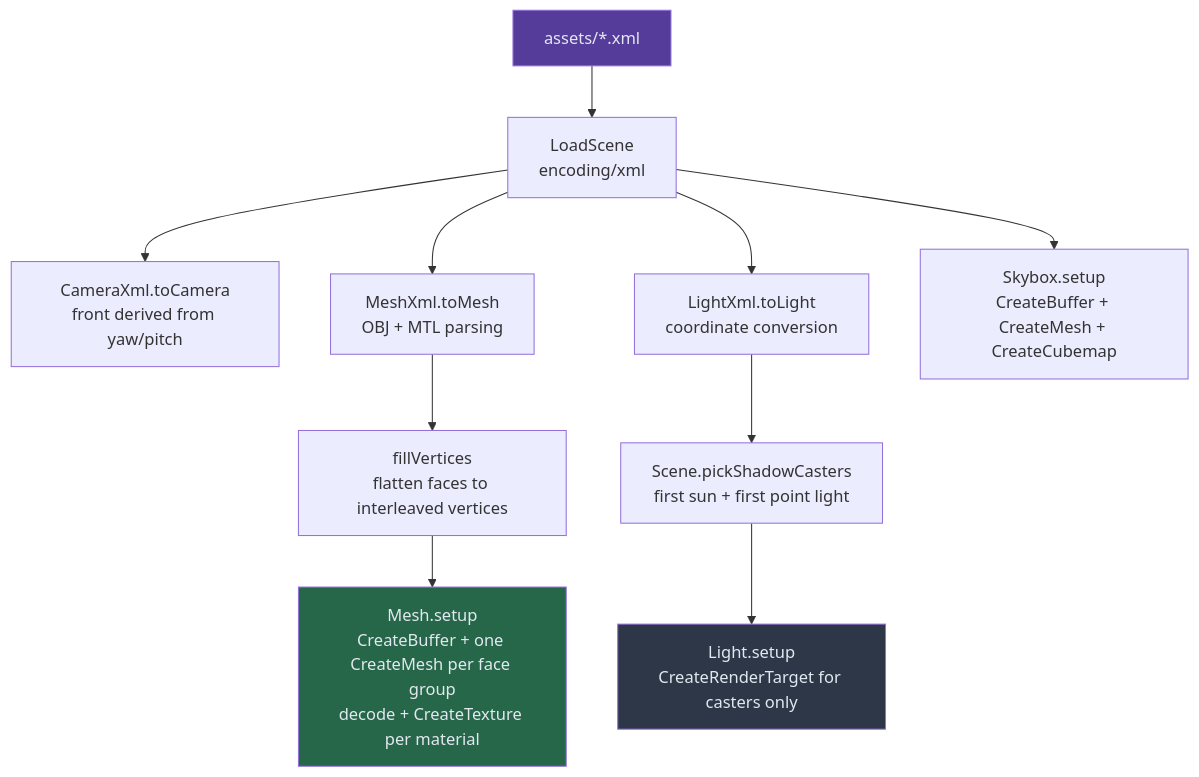
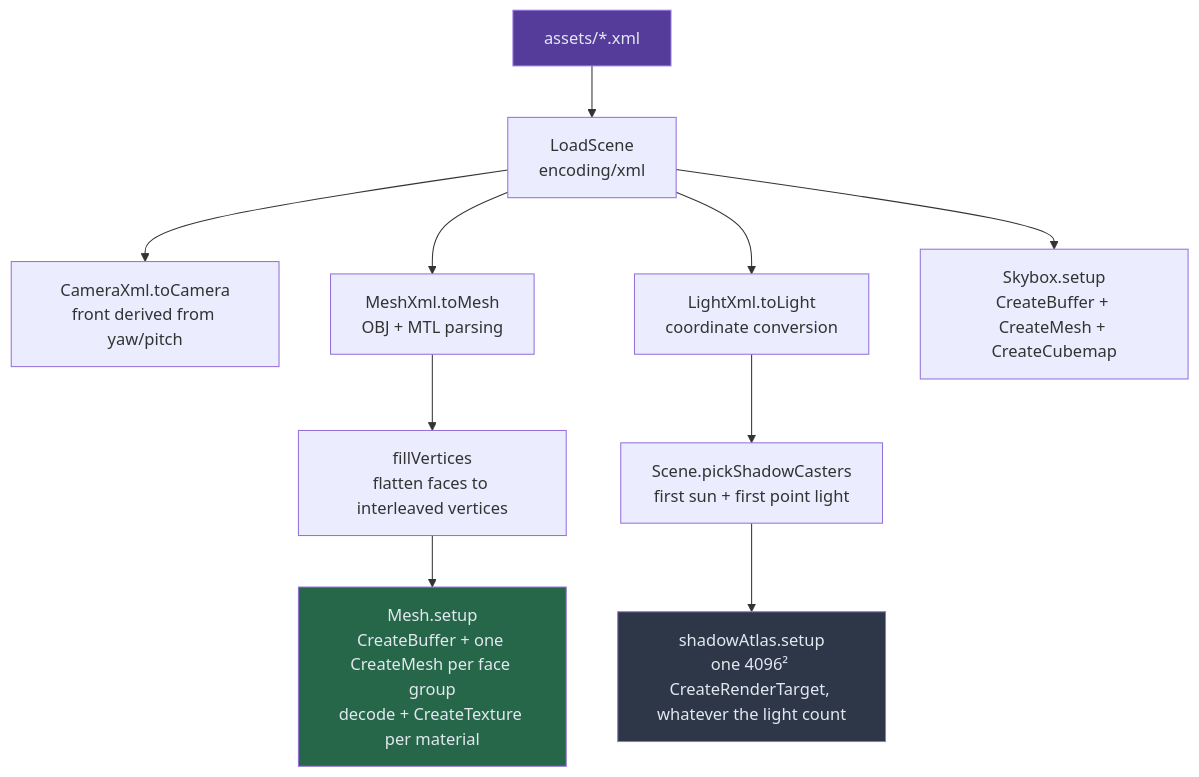
One commit to Zephyr75/overdrive changed the second of 3 diagrams in notes/ARCHITECTURE.md. Above: the diagram before and after it, drawn with Mermaid. The commit also changed other lines of this file and 26 other files, not shown here.

Commit message:
Setup shadow atlas

````diff
--- a/notes/ARCHITECTURE.md
+++ b/notes/ARCHITECTURE.md
@@ -166,20 +166,20 @@
 ```mermaid
 flowchart TD
     X["assets/*.xml"] --> P["LoadScene<br/>encoding/xml"]
 
     P --> CA["CameraXml.toCamera<br/>front derived from yaw/pitch"]
     P --> ME["MeshXml.toMesh<br/>OBJ + MTL parsing"]
     P --> LI["LightXml.toLight<br/>coordinate conversion"]
 
     ME --> FV["fillVertices<br/>flatten faces to interleaved vertices"]
     FV --> SU["Mesh.setup<br/>CreateBuffer + one CreateMesh per face group<br/>decode + CreateTexture per material"]
 
     LI --> PS["Scene.pickShadowCasters<br/>first sun + first point light"]
-    PS --> LS["Light.setup<br/>CreateRenderTarget for casters only"]
+    PS --> LS["shadowAtlas.setup<br/>one 4096² CreateRenderTarget, whatever the light count"]
 
     P --> SK["Skybox.setup<br/>CreateBuffer + CreateMesh + CreateCubemap"]
 
     style X fill:#553c9a,color:#e2e8f0
     style SU fill:#276749,color:#e2e8f0
     style LS fill:#2d3748,color:#e2e8f0
 ```
````
